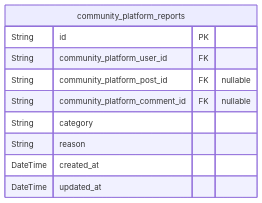
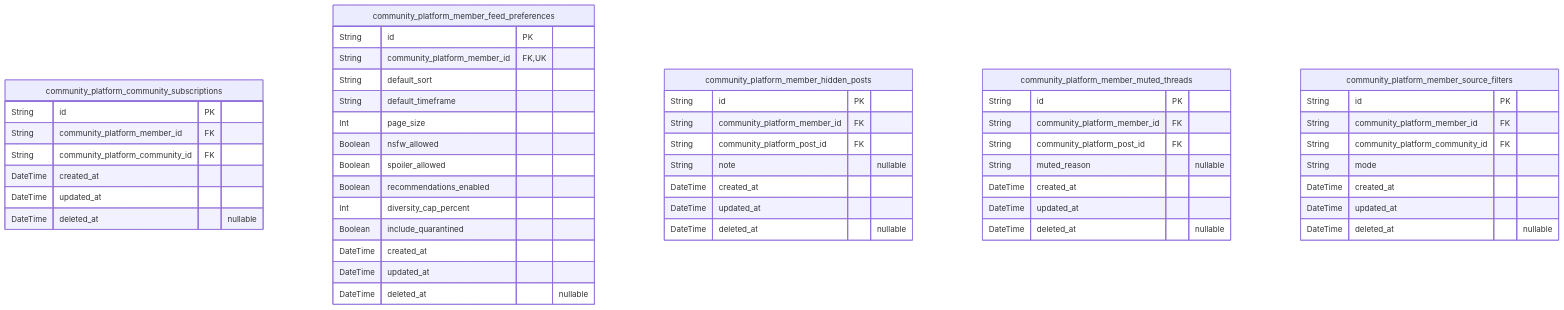
One commit to wrtnlabs/autobe-examples changed the seventh of 10 diagrams in openai/gpt-5/reddit/docs/ERD.md. Above: the diagram before and after it, drawn with Mermaid. The commit also changed other lines of this file and 16146 other files, not shown here.

````diff
--- a/openai/gpt-5/reddit/docs/ERD.md
+++ b/openai/gpt-5/reddit/docs/ERD.md
@@ -583,13 +1690,53 @@
 ```mermaid
 erDiagram
-"community_platform_reports" {
+"community_platform_community_subscriptions" {
   String id PK
-  String community_platform_user_id FK
-  String community_platform_post_id FK "nullable"
-  String community_platform_comment_id FK "nullable"
-  String category
-  String reason
+  String community_platform_member_id FK
+  String community_platform_community_id FK
   DateTime created_at
   DateTime updated_at
+  DateTime deleted_at "nullable"
+}
+"community_platform_member_feed_preferences" {
+  String id PK
+  String community_platform_member_id FK,UK
+  String default_sort
+  String default_timeframe
+  Int page_size
+  Boolean nsfw_allowed
+  Boolean spoiler_allowed
+  Boolean recommendations_enabled
+  Int diversity_cap_percent
+  Boolean include_quarantined
+  DateTime created_at
+  DateTime updated_at
+  DateTime deleted_at "nullable"
+}
+"community_platform_member_hidden_posts" {
+  String id PK
+  String community_platform_member_id FK
+  String community_platform_post_id FK
+  String note "nullable"
+  DateTime created_at
+  DateTime updated_at
+  DateTime deleted_at "nullable"
+}
+"community_platform_member_muted_threads" {
+  String id PK
+  String community_platform_member_id FK
+  String community_platform_post_id FK
+  String muted_reason "nullable"
+  DateTime created_at
+  DateTime updated_at
+  DateTime deleted_at "nullable"
+}
+"community_platform_member_source_filters" {
+  String id PK
+  String community_platform_member_id FK
+  String community_platform_community_id FK
+  String mode
+  DateTime created_at
+  DateTime updated_at
+  DateTime deleted_at "nullable"
 }
 ```
````
